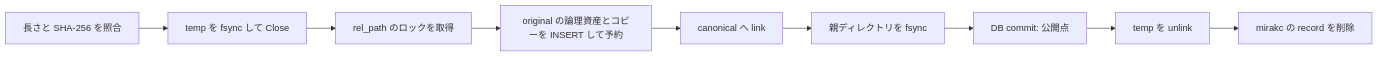
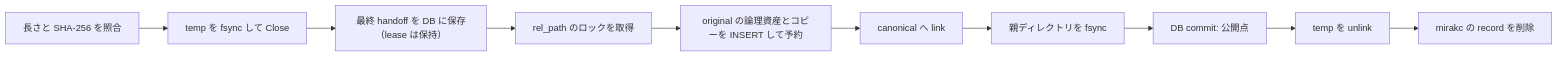
The diagram in docs/recording/ingest-retry.md (fetburner/rokuban), drawn with Mermaid before and after one commit. The commit also changed other lines of this file and 35 other files, not shown here.

````diff
--- a/docs/recording/ingest-retry.md
+++ b/docs/recording/ingest-retry.md
@@ -118,11 +128,12 @@
 ```mermaid
 flowchart LR
   A[長さと SHA-256 を照合] --> B[temp を fsync して Close]
-  B --> C[rel_path のロックを取得]
+  B --> B2[最終 handoff を DB に保存（lease は保持）]
+  B2 --> C[rel_path のロックを取得]
   C --> D[original の論理資産とコピーを INSERT して予約]
   D --> E[canonical へ link]
   E --> F[親ディレクトリを fsync]
   F --> G[DB commit: 公開点]
   G --> H[temp を unlink]
   H --> I[mirakc の record を削除]
 ```
````
